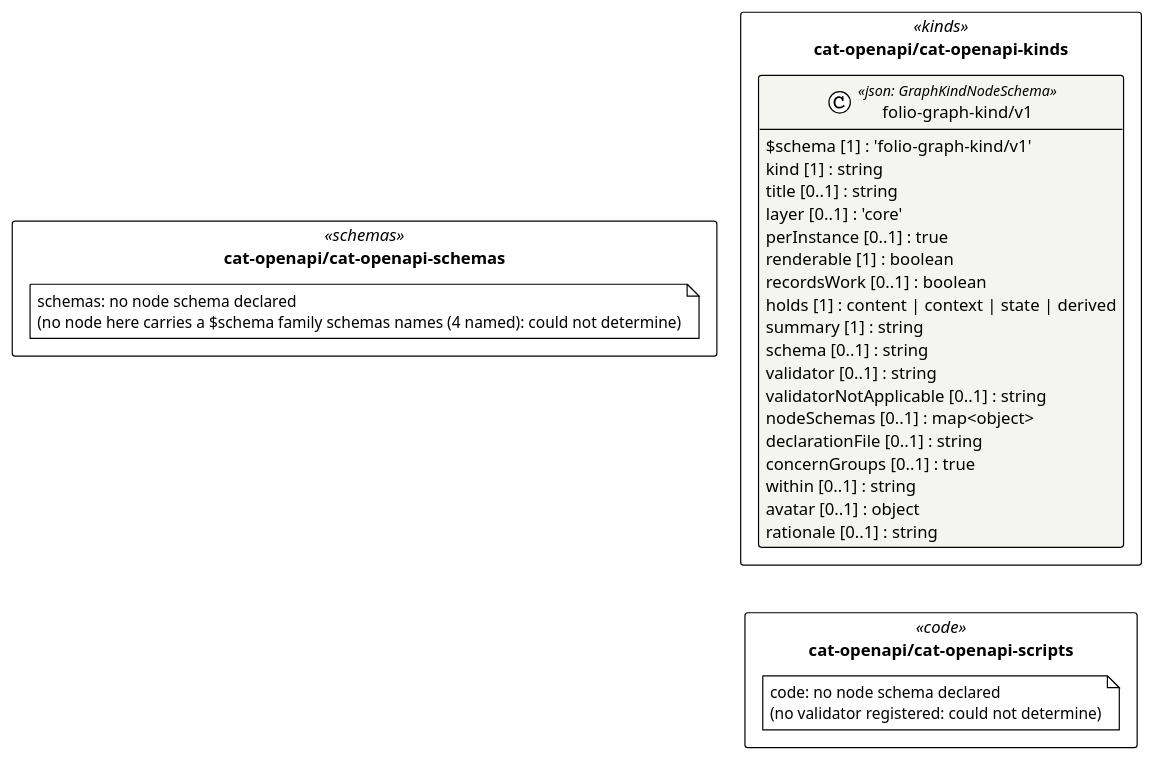
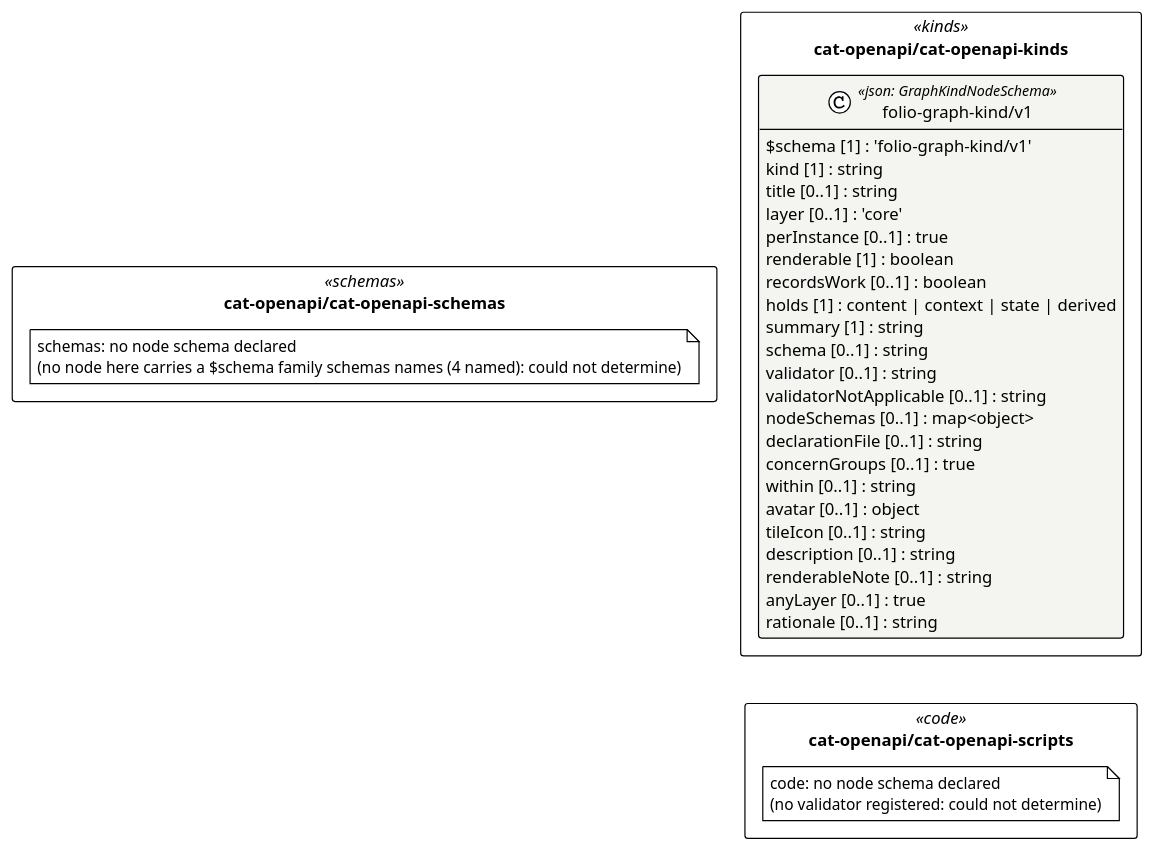
The diagram in cat-harness/uml/overview/cat-openapi.puml (litlfred/folio-assistant), drawn with PlantUML before and after one commit. The commit also changed 81 other files, not shown here.

```diff
--- a/cat-harness/uml/overview/cat-openapi.puml
+++ b/cat-harness/uml/overview/cat-openapi.puml
@@ -3,40 +3,44 @@
 @startuml cat_openapi
 !pragma layout elk
 !theme plain
 skinparam classAttributeIconSize 0
 skinparam shadowing false
 skinparam packageStyle rectangle
 hide empty methods
 
 package "cat-openapi/cat-openapi-kinds" as pkg_cat_openapi_cat_openapi_kinds <<kinds>> {
   class "folio-graph-kind/v1" as cat_openapi_cat_openapi_kinds_folio_graph_kind_v1_folio_graph_kind_v1 <<json: GraphKindNodeSchema>> #f4f4f1 {
     $schema [1] : 'folio-graph-kind/v1'
     kind [1] : string
     title [0..1] : string
     layer [0..1] : 'core'
     perInstance [0..1] : true
     renderable [1] : boolean
     recordsWork [0..1] : boolean
     holds [1] : content | context | state | derived
     summary [1] : string
     schema [0..1] : string
     validator [0..1] : string
     validatorNotApplicable [0..1] : string
     nodeSchemas [0..1] : map<object>
     declarationFile [0..1] : string
     concernGroups [0..1] : true
     within [0..1] : string
     avatar [0..1] : object
+    tileIcon [0..1] : string
+    description [0..1] : string
+    renderableNote [0..1] : string
+    anyLayer [0..1] : true
     rationale [0..1] : string
   }
 }
 package "cat-openapi/cat-openapi-schemas" as pkg_cat_openapi_cat_openapi_schemas <<schemas>> {
   note "schemas: no node schema declared\n(no node here carries a $schema family schemas names (4 named): could not determine)" as n_cat_openapi_cat_openapi_schemas_schemas
 }
 package "cat-openapi/cat-openapi-scripts" as pkg_cat_openapi_cat_openapi_scripts <<code>> {
   note "code: no node schema declared\n(no validator registered: could not determine)" as n_cat_openapi_cat_openapi_scripts_code
 }
 
 ' grid: portrait, 2 column(s) — pkg_cat_openapi_cat_openapi_kinds pkg_cat_openapi_cat_openapi_schemas pkg_cat_openapi_cat_openapi_scripts
 pkg_cat_openapi_cat_openapi_kinds -[hidden]down- pkg_cat_openapi_cat_openapi_scripts
 @enduml
```
